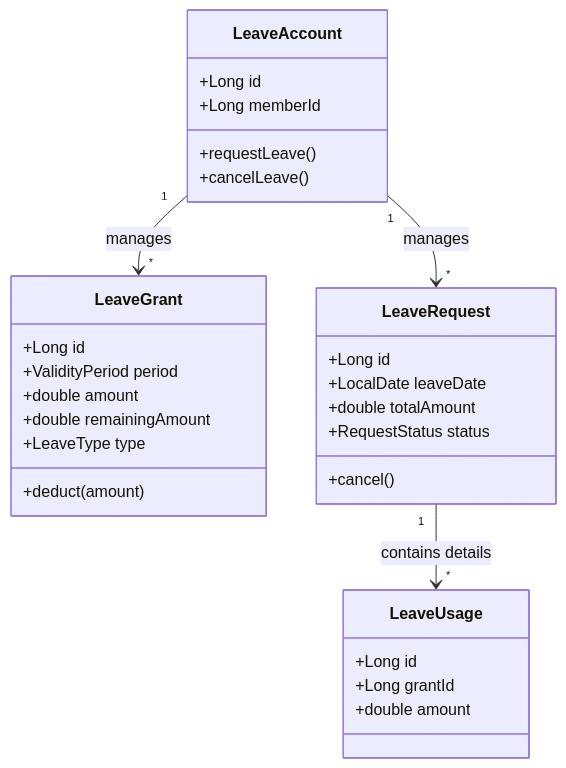
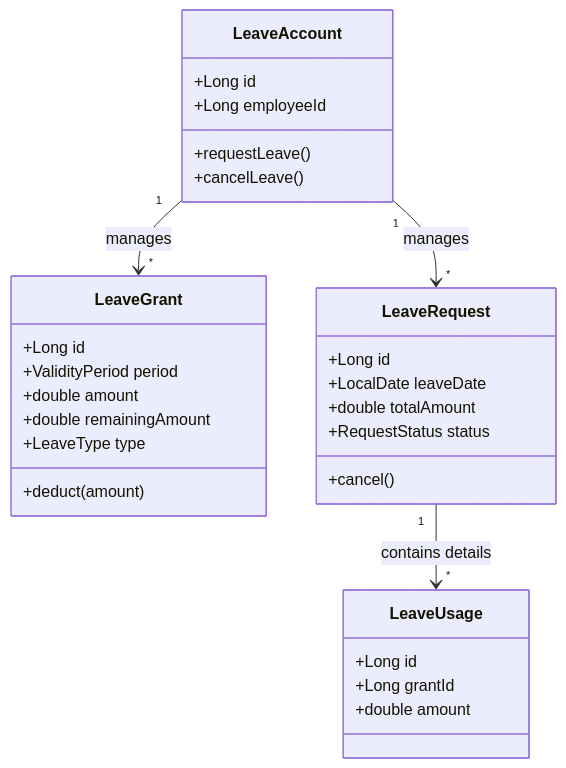
Before and after one commit to gukin-han/e-hr-lab: the diagram in docs/30_DDD_Model/01_aggregate_definition.md, drawn with Mermaid. The commit also changed 2 other files, not shown here.

Commit message:
chore: 패키지 정리 및 employee 용어로 변경

````diff
--- a/docs/30_DDD_Model/01_aggregate_definition.md
+++ b/docs/30_DDD_Model/01_aggregate_definition.md
@@ -10,36 +10,36 @@
 ```mermaid
 classDiagram
     class LeaveAccount {
         +Long id
-        +Long memberId
+        +Long employeeId
         +requestLeave()
         +cancelLeave()
     }
 
     class LeaveGrant {
         +Long id
         +ValidityPeriod period
         +double amount
         +double remainingAmount
         +LeaveType type
         +deduct(amount)
     }
 
     class LeaveRequest {
         +Long id
         +LocalDate leaveDate
         +double totalAmount
         +RequestStatus status
         +cancel()
     }
 
     class LeaveUsage {
         +Long id
         +Long grantId
         +double amount
     }
 
     LeaveAccount "1" --> "*" LeaveGrant : manages
     LeaveAccount "1" --> "*" LeaveRequest : manages
     LeaveRequest "1" --> "*" LeaveUsage : contains details
 ```
````
